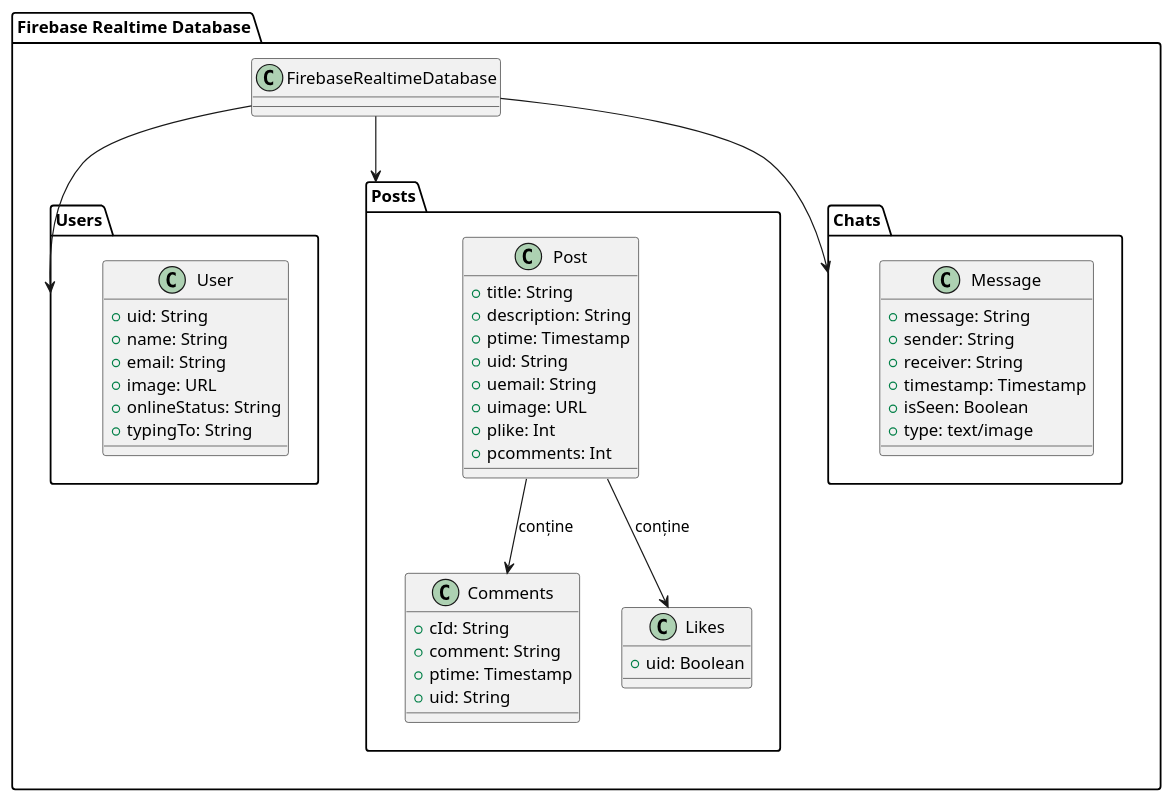
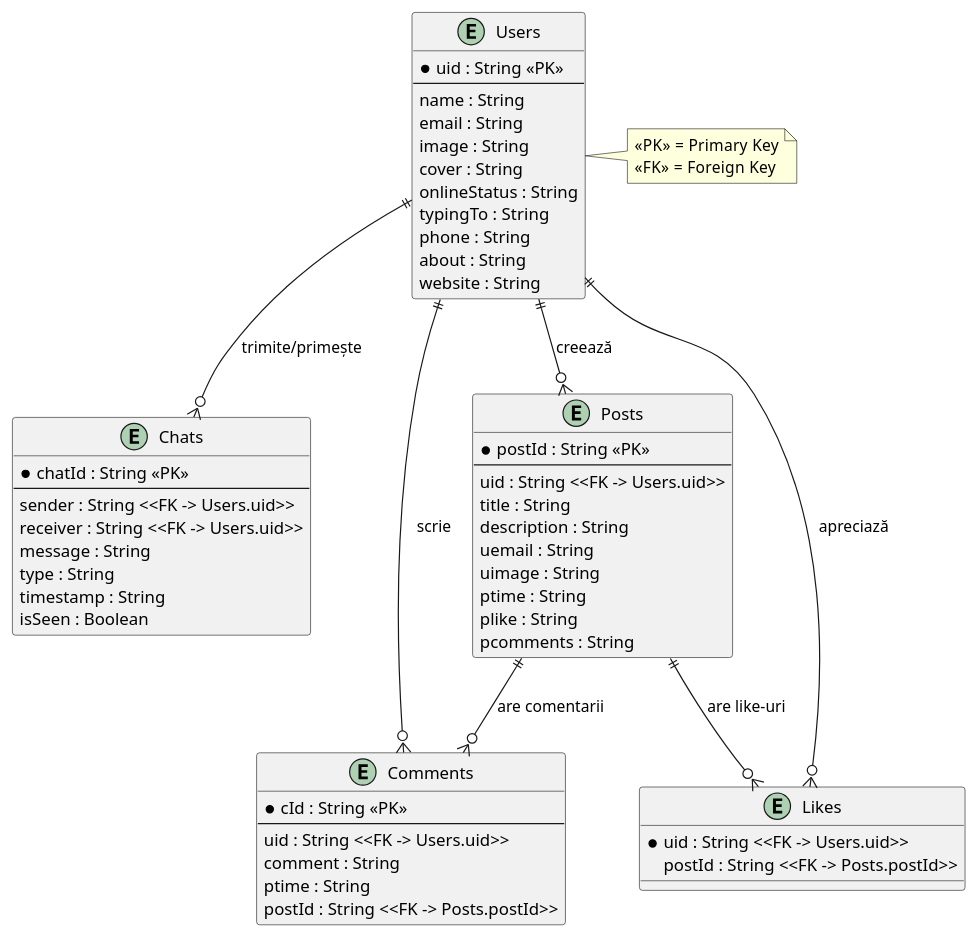
One commit to AndreeaDraghici/Android-Social-Media-Platform changed the diagram in app/sampledata/db2.puml. Above: the diagram before and after it, drawn with PlantUML. The commit also changed 13 other files, not shown here.

```diff
--- a/app/sampledata/db2.puml
+++ b/app/sampledata/db2.puml
@@ -1,60 +1,79 @@
-@startuml FirebaseRealtimeDatabase
+@startuml
 
+' ======================
+'       Entități
+' ======================
 
-package "Firebase Realtime Database" {
-
-    package "Users" {
-        class User {
-            +uid: String
-            +name: String
-            +email: String
-            +image: URL
-            +onlineStatus: String
-            +typingTo: String
-        }
-    }
-
-    package "Posts" {
-        class Post {
-            +title: String
-            +description: String
-            +ptime: Timestamp
-            +uid: String
-            +uemail: String
-            +uimage: URL
-            +plike: Int
-            +pcomments: Int
-        }
-
-        class Comments {
-            +cId: String
-            +comment: String
-            +ptime: Timestamp
-            +uid: String
-        }
-
-        class Likes {
-            +uid: Boolean
-        }
-
-        Post --> Comments : conține
-        Post --> Likes : conține
-    }
-
-    package "Chats" {
-        class Message {
-            +message: String
-            +sender: String
-            +receiver: String
-            +timestamp: Timestamp
-            +isSeen: Boolean
-            +type: text/image
-        }
-    }
-
-    FirebaseRealtimeDatabase --> Users
-    FirebaseRealtimeDatabase --> Posts
-    FirebaseRealtimeDatabase --> Chats
+entity "Users" as U {
+  * uid : String <<PK>>
+  --
+  name : String
+  email : String
+  image : String
+  cover : String
+  onlineStatus : String
+  typingTo : String
+  phone : String
+  about : String
+  website : String
 }
 
+entity "Chats" as C {
+  * chatId : String <<PK>>
+  --
+  sender : String <<FK -> Users.uid>>
+  receiver : String <<FK -> Users.uid>>
+  message : String
+  type : String
+  timestamp : String
+  isSeen : Boolean
+}
+
+entity "Posts" as P {
+  * postId : String <<PK>>
+  --
+  uid : String <<FK -> Users.uid>>
+  title : String
+  description : String
+  uemail : String
+  uimage : String
+  ptime : String
+  plike : String
+  pcomments : String
+}
+
+entity "Comments" as CM {
+  * cId : String <<PK>>
+  --
+  uid : String <<FK -> Users.uid>>
+  comment : String
+  ptime : String
+  postId : String <<FK -> Posts.postId>>
+}
+
+entity "Likes" as L {
+  * uid : String <<FK -> Users.uid>>
+  postId : String <<FK -> Posts.postId>>
+}
+
+' ======================
+'        Relații
+' ======================
+
+U ||--o{ C : trimite/primește
+U ||--o{ P : creează
+U ||--o{ CM : scrie
+U ||--o{ L : apreciază
+P ||--o{ CM : are comentarii
+P ||--o{ L : are like-uri
+
+' ======================
+'        Legendă
+' ======================
+
+note right of U
+<<PK>>  = Primary Key
+<<FK>>  = Foreign Key
+end note
+
 @enduml
```
